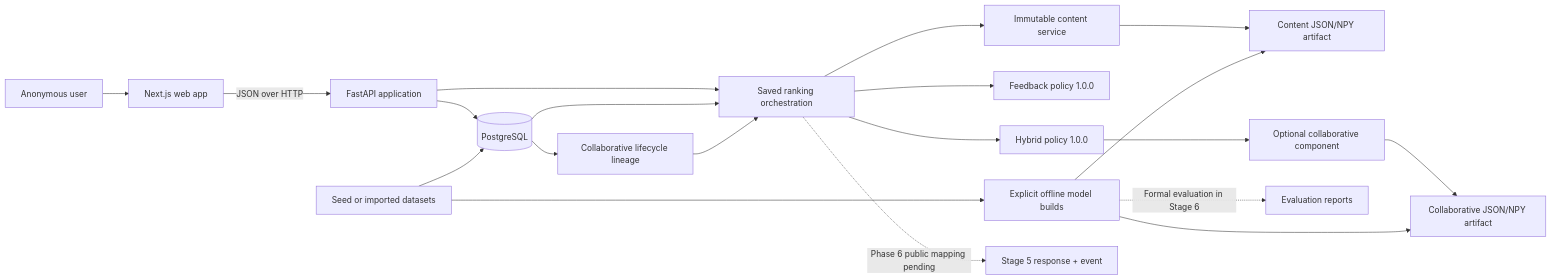
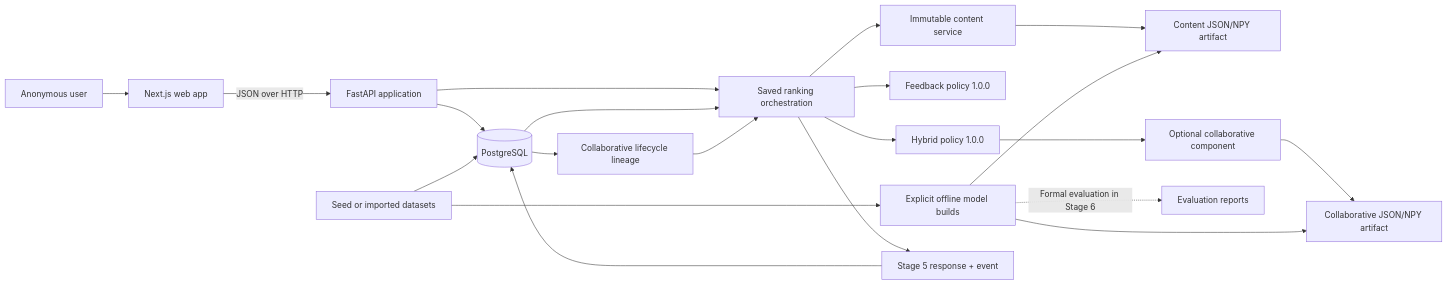
The diagram in README.md (Khang206206/gamelens-ai), drawn with Mermaid before and after one commit. The commit also changed other lines of this file and 11 other files, not shown here.

````diff
--- a/README.md
+++ b/README.md
@@ -159,22 +160,23 @@
 ```mermaid
 flowchart LR
     U["Anonymous user"] --> W["Next.js web app"]
     W -->|"JSON over HTTP"| A["FastAPI application"]
     A --> P[("PostgreSQL")]
     A --> O["Saved ranking orchestration"]
     O --> R["Immutable content service"]
     R --> M["Content JSON/NPY artifact"]
     O --> F["Feedback policy 1.0.0"]
     O --> H["Hybrid policy 1.0.0"]
     H --> C["Optional collaborative component"]
     C --> CM["Collaborative JSON/NPY artifact"]
     P --> O
     P --> L["Collaborative lifecycle lineage"]
     L --> O
     T["Explicit offline model builds"] --> M
     T --> CM
-    O -. "Phase 6 public mapping pending" .-> E5["Stage 5 response + event"]
+    O --> E5["Stage 5 response + event"]
+    E5 --> P
     T -. "Formal evaluation in Stage 6" .-> E["Evaluation reports"]
     D["Seed or imported datasets"] --> T
     D --> P
 ```
````
